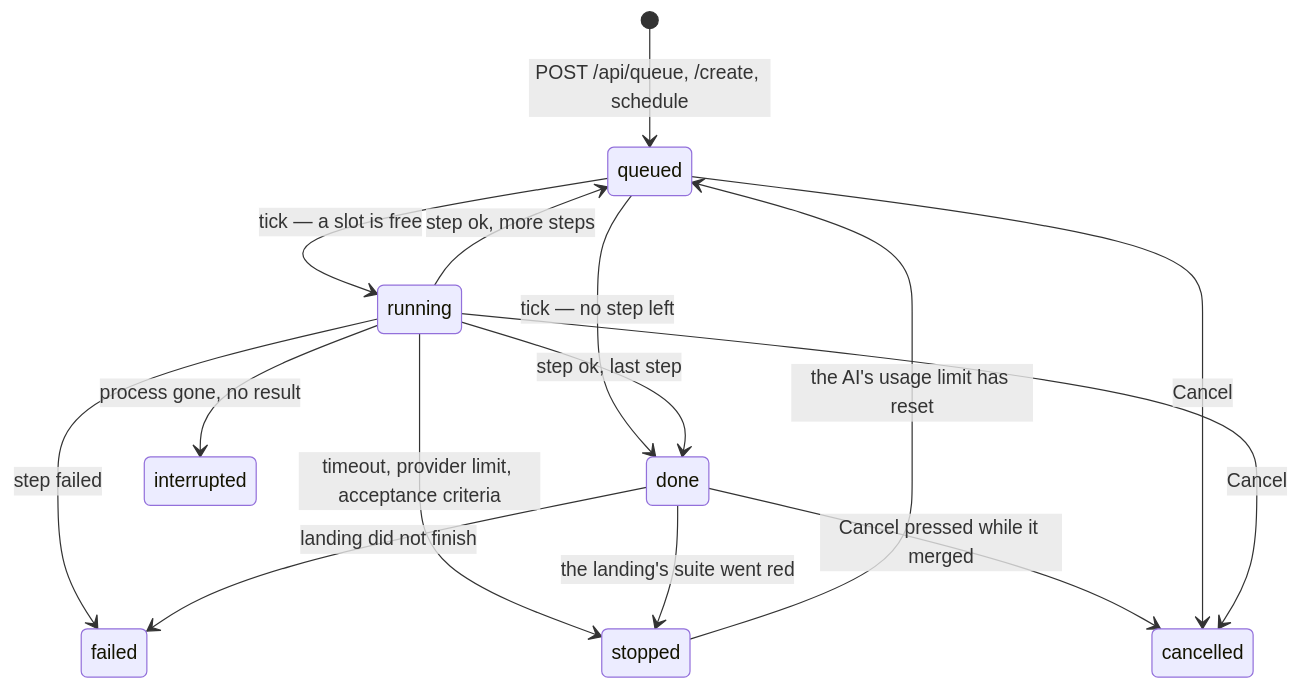
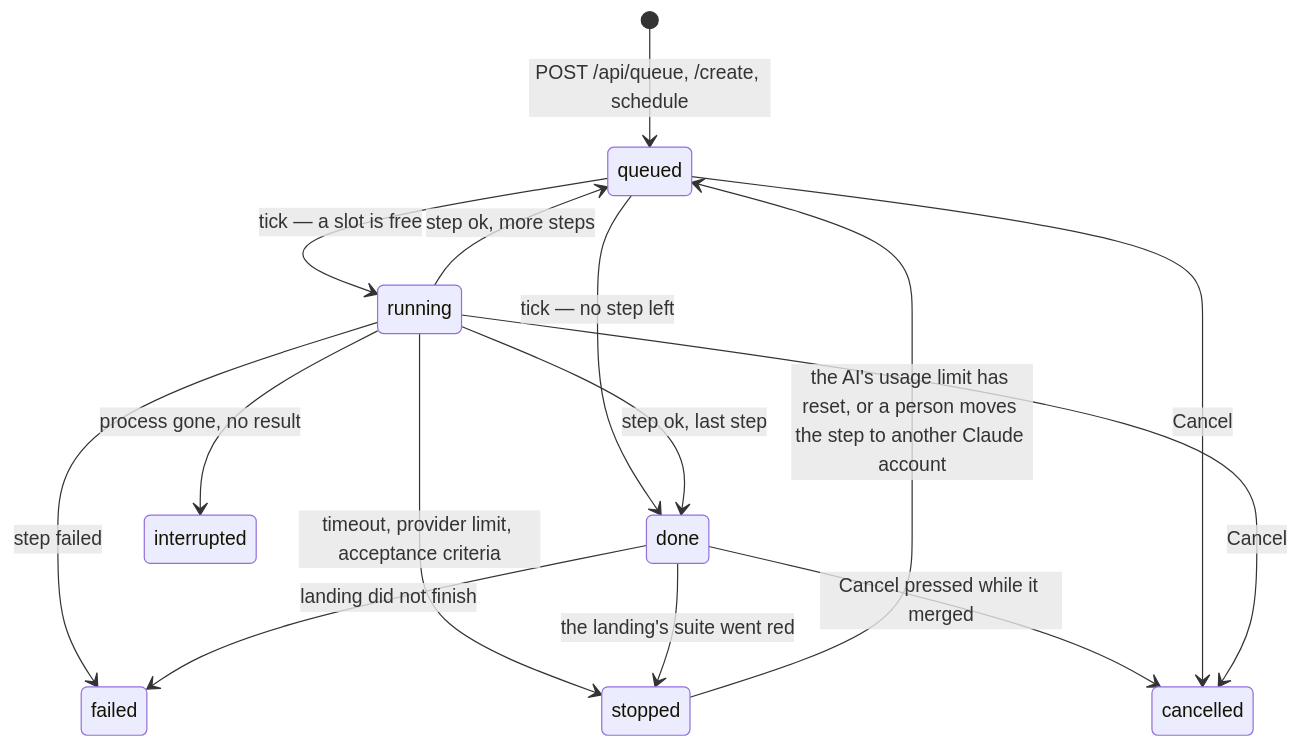
One commit to ragnarwestad/aide changed the diagram in dashboard/docs/job-states.md. Above: the diagram before and after it, drawn with Mermaid. The commit also changed other lines of this file and 58 other files, not shown here.

First line of the commit message:
Offer to run a stopped Claude step on another Claude account

````diff
--- a/dashboard/docs/job-states.md
+++ b/dashboard/docs/job-states.md
@@ -51,17 +51,17 @@
 ```mermaid
 stateDiagram-v2
     [*] --> queued: POST /api/queue, /create, schedule
     queued --> running: tick — a slot is free
     queued --> done: tick — no step left
     running --> queued: step ok, more steps
     running --> done: step ok, last step
     running --> stopped: timeout, provider limit, acceptance criteria
     running --> failed: step failed
     running --> interrupted: process gone, no result
     done --> failed: landing did not finish
     done --> stopped: the landing's suite went red
     done --> cancelled: Cancel pressed while it merged
-    stopped --> queued: the AI's usage limit has reset
+    stopped --> queued: the AI's usage limit has reset, or a person moves the step to another Claude account
     queued --> cancelled: Cancel
     running --> cancelled: Cancel
 ```
````
